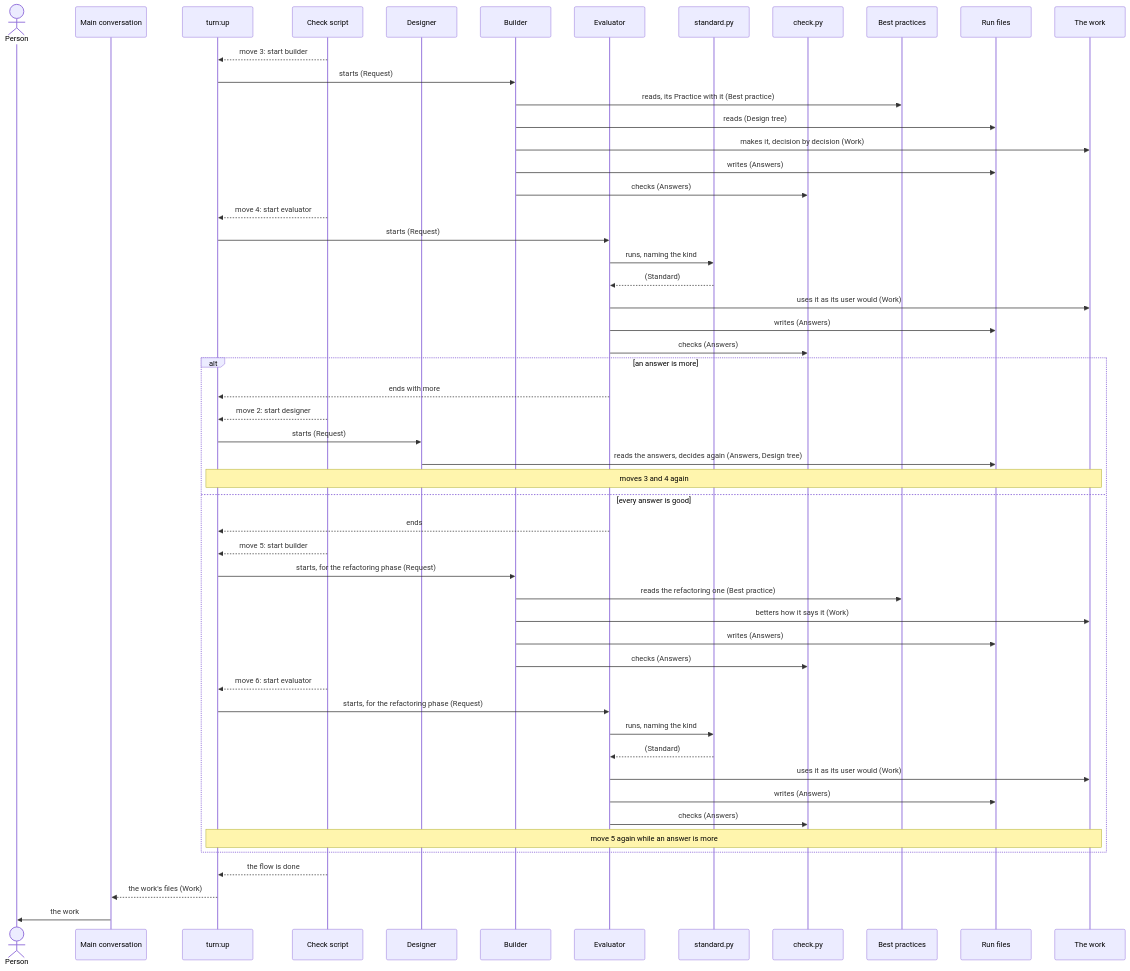
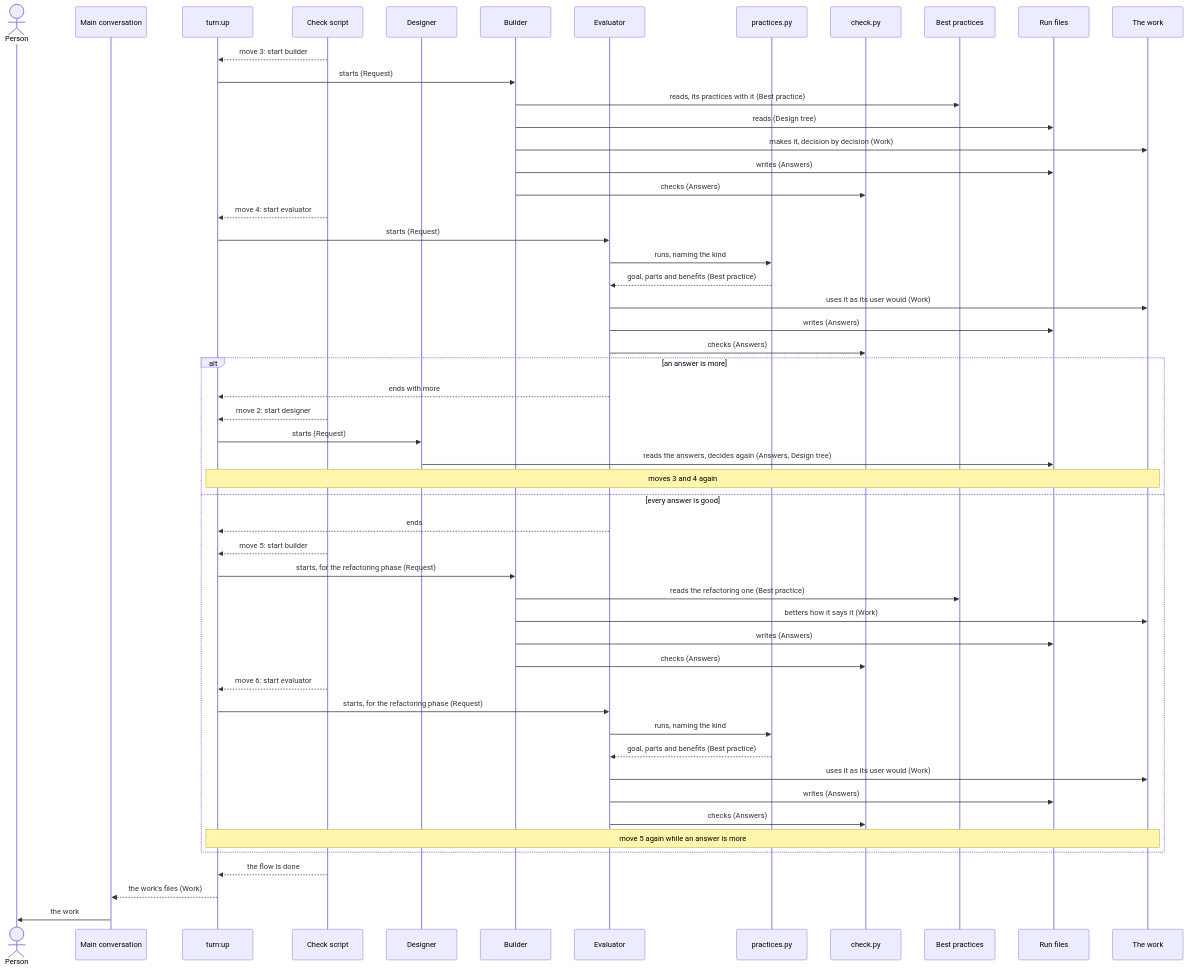
Before and after one commit to lovaizu/ccpm: the fourth of 5 diagrams in dev/turn/architecture.md, drawn with Mermaid. The commit also changed other lines of this file and 14 other files, not shown here.

First line of the commit message:
turn's documents and figures speak of a best practice's goal, parts, benefits and practices, with no Standard; practices.py gives the evaluator the first three; page titles of three grounds as their pages now give them

````diff
--- a/dev/turn/architecture.md
+++ b/dev/turn/architecture.md
@@ -301,55 +305,55 @@
 ```mermaid
 sequenceDiagram
   actor P as Person
   participant M as Main conversation
   participant U as turn:up
   participant L as Check script
   participant D as Designer
   participant B as Builder
   participant E as Evaluator
-  participant S as standard.py
+  participant S as practices.py
   participant C as check.py
   participant BP as Best practices
   participant R as Run files
   participant K as The work
   L-->>U: move 3: start builder
   U->>B: starts (Request)
-  B->>BP: reads, its Practice with it (Best practice)
+  B->>BP: reads, its practices with it (Best practice)
   B->>R: reads (Design tree)
   B->>K: makes it, decision by decision (Work)
   B->>R: writes (Answers)
   B->>C: checks (Answers)
   L-->>U: move 4: start evaluator
   U->>E: starts (Request)
   E->>S: runs, naming the kind
-  S-->>E: (Standard)
+  S-->>E: goal, parts and benefits (Best practice)
   E->>K: uses it as its user would (Work)
   E->>R: writes (Answers)
   E->>C: checks (Answers)
   alt an answer is more
     E-->>U: ends with more
     L-->>U: move 2: start designer
     U->>D: starts (Request)
     D->>R: reads the answers, decides again (Answers, Design tree)
     Note over U,K: moves 3 and 4 again
   else every answer is good
     E-->>U: ends
     L-->>U: move 5: start builder
     U->>B: starts, for the refactoring phase (Request)
     B->>BP: reads the refactoring one (Best practice)
     B->>K: betters how it says it (Work)
     B->>R: writes (Answers)
     B->>C: checks (Answers)
     L-->>U: move 6: start evaluator
     U->>E: starts, for the refactoring phase (Request)
     E->>S: runs, naming the kind
-    S-->>E: (Standard)
+    S-->>E: goal, parts and benefits (Best practice)
     E->>K: uses it as its user would (Work)
     E->>R: writes (Answers)
     E->>C: checks (Answers)
     Note over U,K: move 5 again while an answer is more
   end
   L-->>U: the flow is done
   U-->>M: the work's files (Work)
   M->>P: the work
 ```
````
